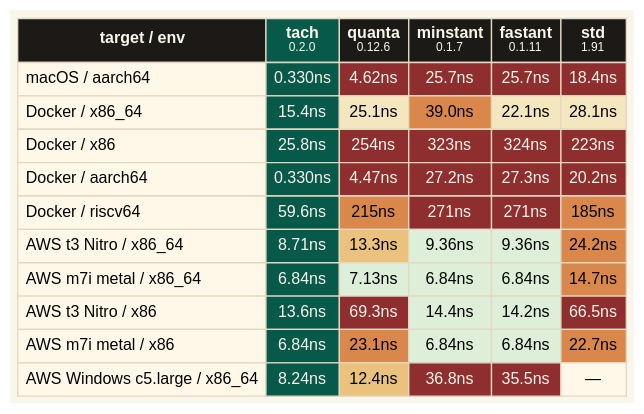
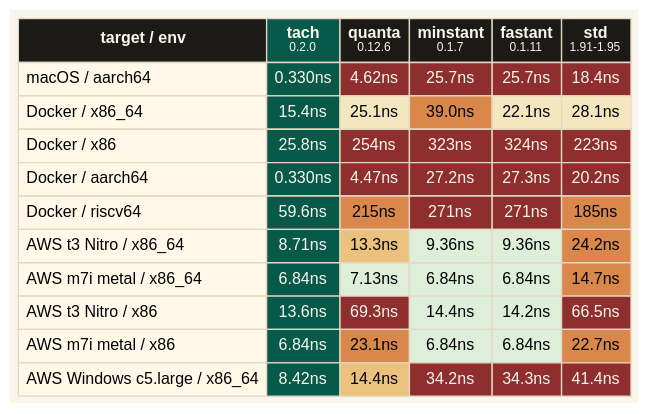
Before and after one commit to spence/hotclock: the diagram in benches/assets/benchmark-heatmap.dot, drawn with Graphviz. The commit also changed 7 other files, not shown here.

```diff
--- a/benches/assets/benchmark-heatmap.dot
+++ b/benches/assets/benchmark-heatmap.dot
@@ -1,109 +1,109 @@
 digraph benchmark {
   graph [
     bgcolor="#FBF6EC",
     margin=0,
     pad=0.08,
     rankdir=TB
   ];
 
   node [
     shape=plain,
     fontname="Avenir Next, Helvetica, Arial, sans-serif",
     fontsize=12
   ];
 
   benchmark [
     label=<
       <TABLE BORDER="0" CELLBORDER="1" CELLSPACING="0" CELLPADDING="5" COLOR="#E4D8C2">
         <TR>
           <TD BGCOLOR="#1B1A17"><FONT COLOR="#FBF6EC"><B>target / env</B></FONT></TD>
           <TD BGCOLOR="#075A4A"><FONT COLOR="#FBF6EC"><B>tach</B><BR/><FONT POINT-SIZE="9">0.2.0</FONT></FONT></TD>
           <TD BGCOLOR="#1B1A17"><FONT COLOR="#FBF6EC"><B>quanta</B><BR/><FONT POINT-SIZE="9">0.12.6</FONT></FONT></TD>
           <TD BGCOLOR="#1B1A17"><FONT COLOR="#FBF6EC"><B>minstant</B><BR/><FONT POINT-SIZE="9">0.1.7</FONT></FONT></TD>
           <TD BGCOLOR="#1B1A17"><FONT COLOR="#FBF6EC"><B>fastant</B><BR/><FONT POINT-SIZE="9">0.1.11</FONT></FONT></TD>
-          <TD BGCOLOR="#1B1A17"><FONT COLOR="#FBF6EC"><B>std</B><BR/><FONT POINT-SIZE="9">1.91</FONT></FONT></TD>
+          <TD BGCOLOR="#1B1A17"><FONT COLOR="#FBF6EC"><B>std</B><BR/><FONT POINT-SIZE="9">1.91-1.95</FONT></FONT></TD>
         </TR>
         <TR>
           <TD ALIGN="LEFT" BGCOLOR="#FFF8E8">macOS / aarch64</TD>
           <TD BGCOLOR="#075A4A"><FONT COLOR="#FBF6EC">0.330ns</FONT></TD>
           <TD BGCOLOR="#8F2E2E"><FONT COLOR="#FBF6EC">4.62ns</FONT></TD>
           <TD BGCOLOR="#8F2E2E"><FONT COLOR="#FBF6EC">25.7ns</FONT></TD>
           <TD BGCOLOR="#8F2E2E"><FONT COLOR="#FBF6EC">25.7ns</FONT></TD>
           <TD BGCOLOR="#8F2E2E"><FONT COLOR="#FBF6EC">18.4ns</FONT></TD>
         </TR>
         <TR>
           <TD ALIGN="LEFT" BGCOLOR="#FFF8E8">Docker / x86_64</TD>
           <TD BGCOLOR="#075A4A"><FONT COLOR="#FBF6EC">15.4ns</FONT></TD>
           <TD BGCOLOR="#F4E7BF">25.1ns</TD>
           <TD BGCOLOR="#D9874A">39.0ns</TD>
           <TD BGCOLOR="#F4E7BF">22.1ns</TD>
           <TD BGCOLOR="#F4E7BF">28.1ns</TD>
         </TR>
         <TR>
           <TD ALIGN="LEFT" BGCOLOR="#FFF8E8">Docker / x86</TD>
           <TD BGCOLOR="#075A4A"><FONT COLOR="#FBF6EC">25.8ns</FONT></TD>
           <TD BGCOLOR="#8F2E2E"><FONT COLOR="#FBF6EC">254ns</FONT></TD>
           <TD BGCOLOR="#8F2E2E"><FONT COLOR="#FBF6EC">323ns</FONT></TD>
           <TD BGCOLOR="#8F2E2E"><FONT COLOR="#FBF6EC">324ns</FONT></TD>
           <TD BGCOLOR="#8F2E2E"><FONT COLOR="#FBF6EC">223ns</FONT></TD>
         </TR>
         <TR>
           <TD ALIGN="LEFT" BGCOLOR="#FFF8E8">Docker / aarch64</TD>
           <TD BGCOLOR="#075A4A"><FONT COLOR="#FBF6EC">0.330ns</FONT></TD>
           <TD BGCOLOR="#8F2E2E"><FONT COLOR="#FBF6EC">4.47ns</FONT></TD>
           <TD BGCOLOR="#8F2E2E"><FONT COLOR="#FBF6EC">27.2ns</FONT></TD>
           <TD BGCOLOR="#8F2E2E"><FONT COLOR="#FBF6EC">27.3ns</FONT></TD>
           <TD BGCOLOR="#8F2E2E"><FONT COLOR="#FBF6EC">20.2ns</FONT></TD>
         </TR>
         <TR>
           <TD ALIGN="LEFT" BGCOLOR="#FFF8E8">Docker / riscv64</TD>
           <TD BGCOLOR="#075A4A"><FONT COLOR="#FBF6EC">59.6ns</FONT></TD>
           <TD BGCOLOR="#D9874A">215ns</TD>
           <TD BGCOLOR="#8F2E2E"><FONT COLOR="#FBF6EC">271ns</FONT></TD>
           <TD BGCOLOR="#8F2E2E"><FONT COLOR="#FBF6EC">271ns</FONT></TD>
           <TD BGCOLOR="#D9874A">185ns</TD>
         </TR>
         <TR>
           <TD ALIGN="LEFT" BGCOLOR="#FFF8E8">AWS t3 Nitro / x86_64</TD>
           <TD BGCOLOR="#075A4A"><FONT COLOR="#FBF6EC">8.71ns</FONT></TD>
           <TD BGCOLOR="#EAC17D">13.3ns</TD>
           <TD BGCOLOR="#DDEED9">9.36ns</TD>
           <TD BGCOLOR="#DDEED9">9.36ns</TD>
           <TD BGCOLOR="#D9874A">24.2ns</TD>
         </TR>
         <TR>
           <TD ALIGN="LEFT" BGCOLOR="#FFF8E8">AWS m7i metal / x86_64</TD>
           <TD BGCOLOR="#075A4A"><FONT COLOR="#FBF6EC">6.84ns</FONT></TD>
           <TD BGCOLOR="#DDEED9">7.13ns</TD>
           <TD BGCOLOR="#DDEED9">6.84ns</TD>
           <TD BGCOLOR="#DDEED9">6.84ns</TD>
           <TD BGCOLOR="#D9874A">14.7ns</TD>
         </TR>
         <TR>
           <TD ALIGN="LEFT" BGCOLOR="#FFF8E8">AWS t3 Nitro / x86</TD>
           <TD BGCOLOR="#075A4A"><FONT COLOR="#FBF6EC">13.6ns</FONT></TD>
           <TD BGCOLOR="#8F2E2E"><FONT COLOR="#FBF6EC">69.3ns</FONT></TD>
           <TD BGCOLOR="#DDEED9">14.4ns</TD>
           <TD BGCOLOR="#DDEED9">14.2ns</TD>
           <TD BGCOLOR="#8F2E2E"><FONT COLOR="#FBF6EC">66.5ns</FONT></TD>
         </TR>
         <TR>
           <TD ALIGN="LEFT" BGCOLOR="#FFF8E8">AWS m7i metal / x86</TD>
           <TD BGCOLOR="#075A4A"><FONT COLOR="#FBF6EC">6.84ns</FONT></TD>
           <TD BGCOLOR="#D9874A">23.1ns</TD>
           <TD BGCOLOR="#DDEED9">6.84ns</TD>
           <TD BGCOLOR="#DDEED9">6.84ns</TD>
           <TD BGCOLOR="#D9874A">22.7ns</TD>
         </TR>
         <TR>
           <TD ALIGN="LEFT" BGCOLOR="#FFF8E8">AWS Windows c5.large / x86_64</TD>
-          <TD BGCOLOR="#075A4A"><FONT COLOR="#FBF6EC">8.24ns</FONT></TD>
-          <TD BGCOLOR="#EAC17D">12.4ns</TD>
-          <TD BGCOLOR="#8F2E2E"><FONT COLOR="#FBF6EC">36.8ns</FONT></TD>
-          <TD BGCOLOR="#8F2E2E"><FONT COLOR="#FBF6EC">35.5ns</FONT></TD>
-          <TD BGCOLOR="#FFF8E8">—</TD>
+          <TD BGCOLOR="#075A4A"><FONT COLOR="#FBF6EC">8.42ns</FONT></TD>
+          <TD BGCOLOR="#EAC17D">14.4ns</TD>
+          <TD BGCOLOR="#8F2E2E"><FONT COLOR="#FBF6EC">34.2ns</FONT></TD>
+          <TD BGCOLOR="#8F2E2E"><FONT COLOR="#FBF6EC">34.3ns</FONT></TD>
+          <TD BGCOLOR="#8F2E2E"><FONT COLOR="#FBF6EC">41.4ns</FONT></TD>
         </TR>
       </TABLE>
     >
   ];
 }
```
